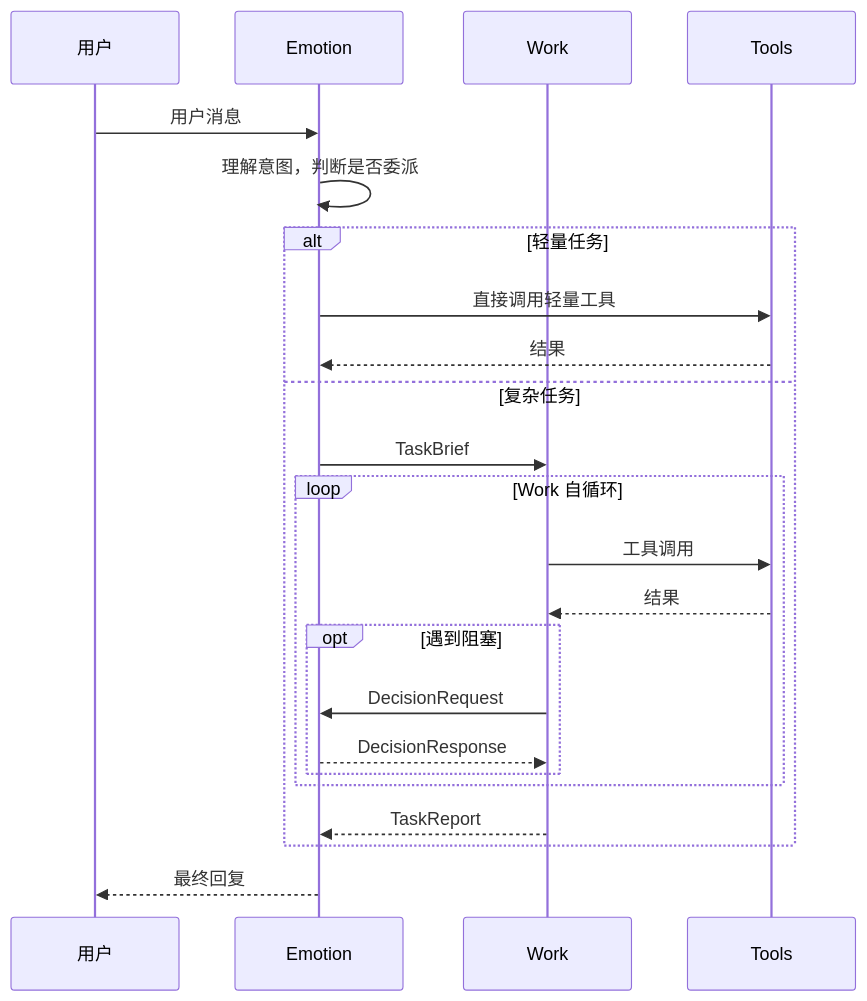
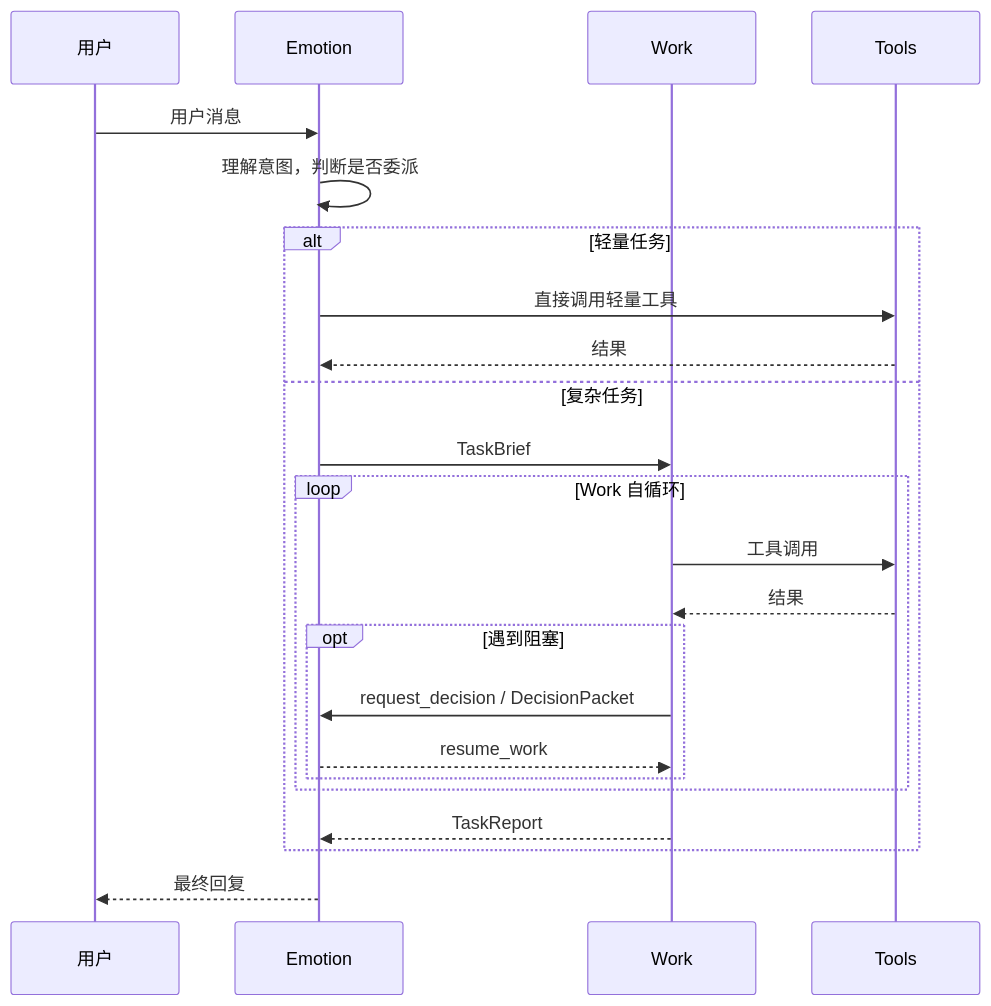
Before and after one commit to LongYiSang/EmoAgent: the third of 6 diagrams in docs/architecture/架构.md, drawn with Mermaid. The commit also changed other lines of this file and 3 other files, not shown here.

````diff
--- a/docs/architecture/架构.md
+++ b/docs/architecture/架构.md
@@ -304,28 +313,28 @@
 ```mermaid
 sequenceDiagram
     participant U as 用户
     participant E as Emotion
     participant W as Work
     participant T as Tools
 
     U->>E: 用户消息
     E->>E: 理解意图，判断是否委派
 
     alt 轻量任务
         E->>T: 直接调用轻量工具
         T-->>E: 结果
     else 复杂任务
         E->>W: TaskBrief
         loop Work 自循环
             W->>T: 工具调用
             T-->>W: 结果
             opt 遇到阻塞
-                W->>E: DecisionRequest
-                E-->>W: DecisionResponse
+                W->>E: request_decision / DecisionPacket
+                E-->>W: resume_work
             end
         end
         W-->>E: TaskReport
     end
 
     E-->>U: 最终回复
 ```
````
